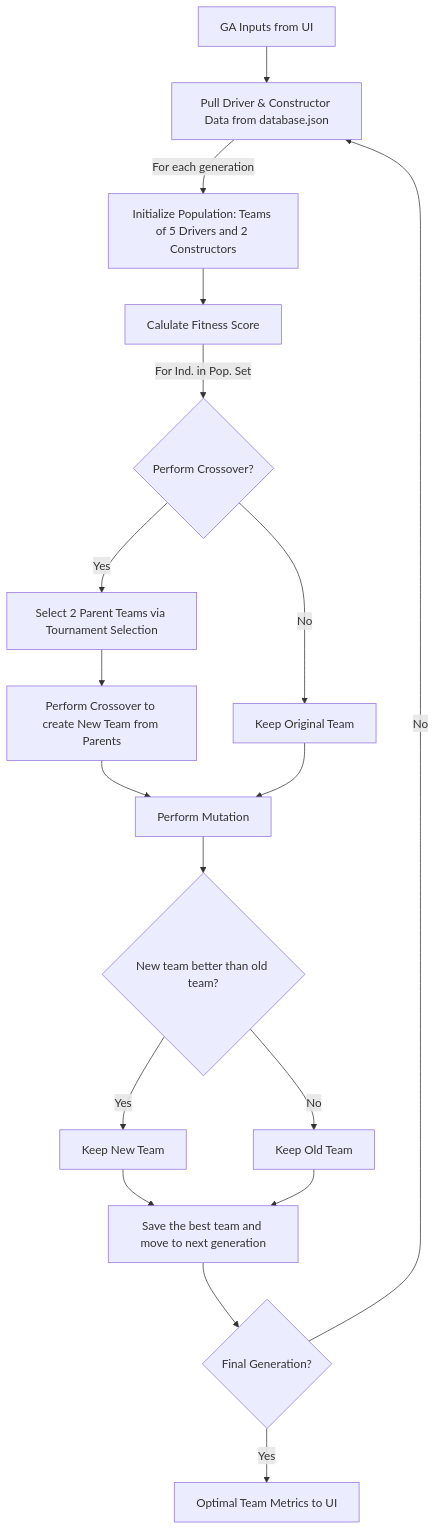
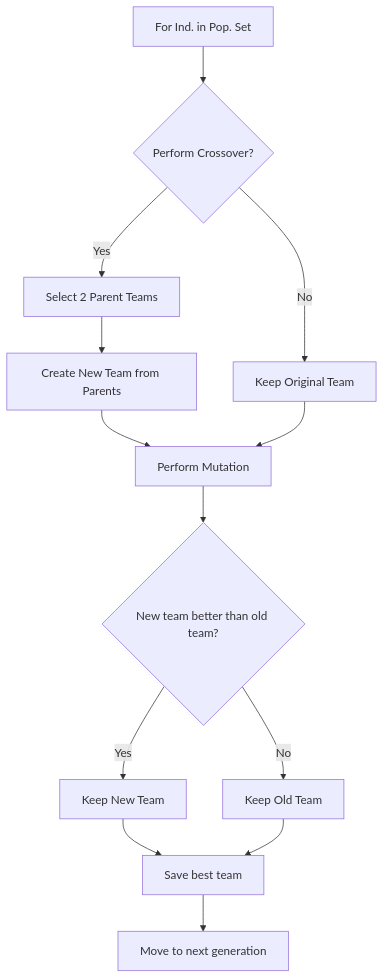
Before and after one commit to malavnaik12/F1_Fantasy_Model: the second of 2 diagrams in README.md, drawn with Mermaid. The commit also changed other lines of this file and 1 other file, not shown here.

Commit message:
completed GA section of readme

````diff
--- a/README.md
+++ b/README.md
@@ -61,22 +79,15 @@
 ```mermaid
 flowchart TD
-  A[GA Inputs from UI] --> B[Pull Driver & Constructor Data from database.json];
-  B -- For each generation --> C[Initialize Population: Teams of 5 Drivers and 2 Constructors];
-  C --> D[Calulate Fitness Score];
-  D -- For Ind. in Pop. Set --> E{Perform Crossover?};
-  E -- Yes --> F[Select 2 Parent Teams via Tournament Selection];
-  F --> G[Perform Crossover to create New Team from Parents];
-  E -- No --> H[Keep Original Team];
-  G --> I[Perform Mutation];
-  H --> I[Perform Mutation];
-  I --> J{New team better than old team?};
-  J -- Yes --> K[Keep New Team];
-  J -- No --> L[Keep Old Team];
-  K --> M[Save the best team and move to next generation]
-  L --> M[Save the best team and move to next generation]
-  M --> N{Final Generation?};
-  N -- Yes --> O[Optimal Team Metrics to UI];
-  N -- No --> B;
-  
-  
+  A[For Ind. in Pop. Set] --> B{Perform Crossover?};
+  B -- Yes --> C[Select 2 Parent Teams];
+  C --> D[Create New Team from Parents];
+  B -- No --> E[Keep Original Team];
+  D --> F[Perform Mutation];
+  E --> F[Perform Mutation];
+  F --> G{New team better than old team?};
+  G -- Yes --> H[Keep New Team];
+  G -- No --> I[Keep Old Team];
+  H --> J[Save best team]
+  I --> J[Save best team]
+  J --> K[Move to next generation]
 ```
````
